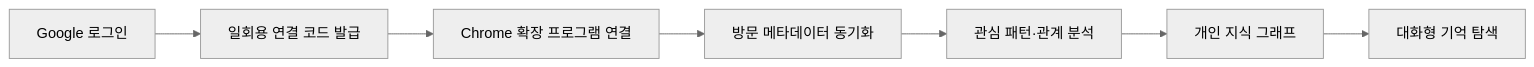
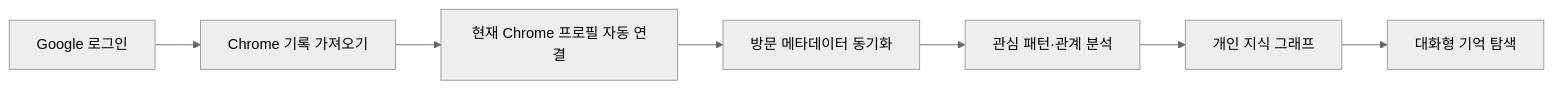
The first of 3 diagrams in README.md (amyhong0/amy-brain-map), drawn with Mermaid (neutral theme) before and after one commit. The commit also changed other lines of this file and 10 other files, not shown here.

````diff
--- a/README.md
+++ b/README.md
@@ -22,9 +22,9 @@
 ```mermaid
 flowchart LR
-  A[Google 로그인] --> B[일회용 연결 코드 발급]
-  B --> C[Chrome 확장 프로그램 연결]
+  A[Google 로그인] --> B[Chrome 기록 가져오기]
+  B --> C[현재 Chrome 프로필 자동 연결]
   C --> D[방문 메타데이터 동기화]
   D --> E[관심 패턴·관계 분석]
   E --> F[개인 지식 그래프]
   F --> G[대화형 기억 탐색]
 ```
````
